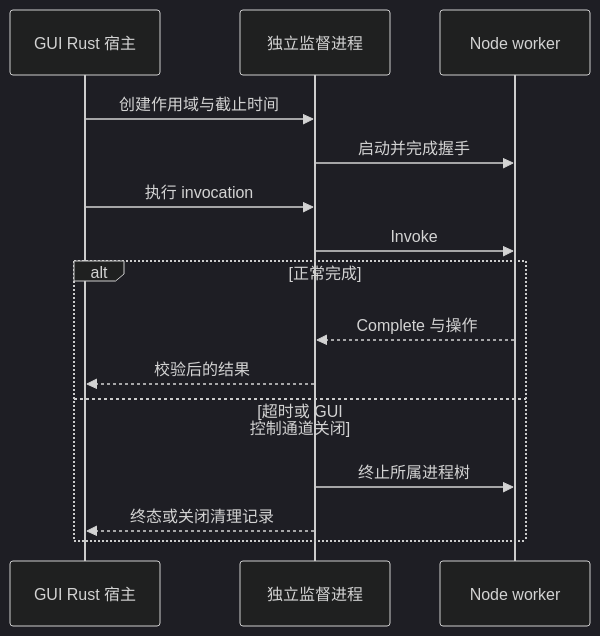
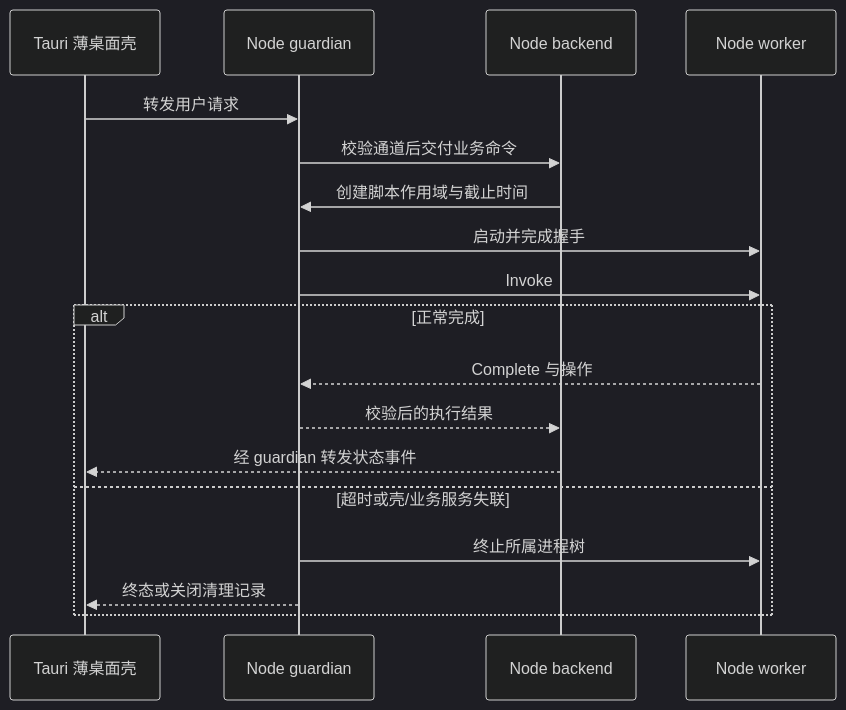
Before and after one commit to owent/xresconv-gui: the diagram in docs/plan/02-contracts-script-host.md, drawn with Mermaid (dark theme). The commit also changed other lines of this file and 141 other files, not shown here.

````diff
--- a/docs/plan/02-contracts-script-host.md
+++ b/docs/plan/02-contracts-script-host.md
@@ -104,17 +117,20 @@
 ```mermaid
 sequenceDiagram
-    participant UI as GUI Rust 宿主
-    participant Guard as 独立监督进程
+    participant UI as Tauri 薄桌面壳
+    participant Guard as Node guardian
+    participant Backend as Node backend
     participant JS as Node worker
-    UI->>Guard: 创建作用域与截止时间
+    UI->>Guard: 转发用户请求
+    Guard->>Backend: 校验通道后交付业务命令
+    Backend->>Guard: 创建脚本作用域与截止时间
     Guard->>JS: 启动并完成握手
-    UI->>Guard: 执行 invocation
     Guard->>JS: Invoke
     alt 正常完成
         JS-->>Guard: Complete 与操作
-        Guard-->>UI: 校验后的结果
-    else 超时或 GUI 控制通道关闭
+        Guard-->>Backend: 校验后的执行结果
+        Backend-->>UI: 经 guardian 转发状态事件
+    else 超时或壳/业务服务失联
         Guard->>JS: 终止所属进程树
         Guard-->>UI: 终态或关闭清理记录
     end
 ```
````
